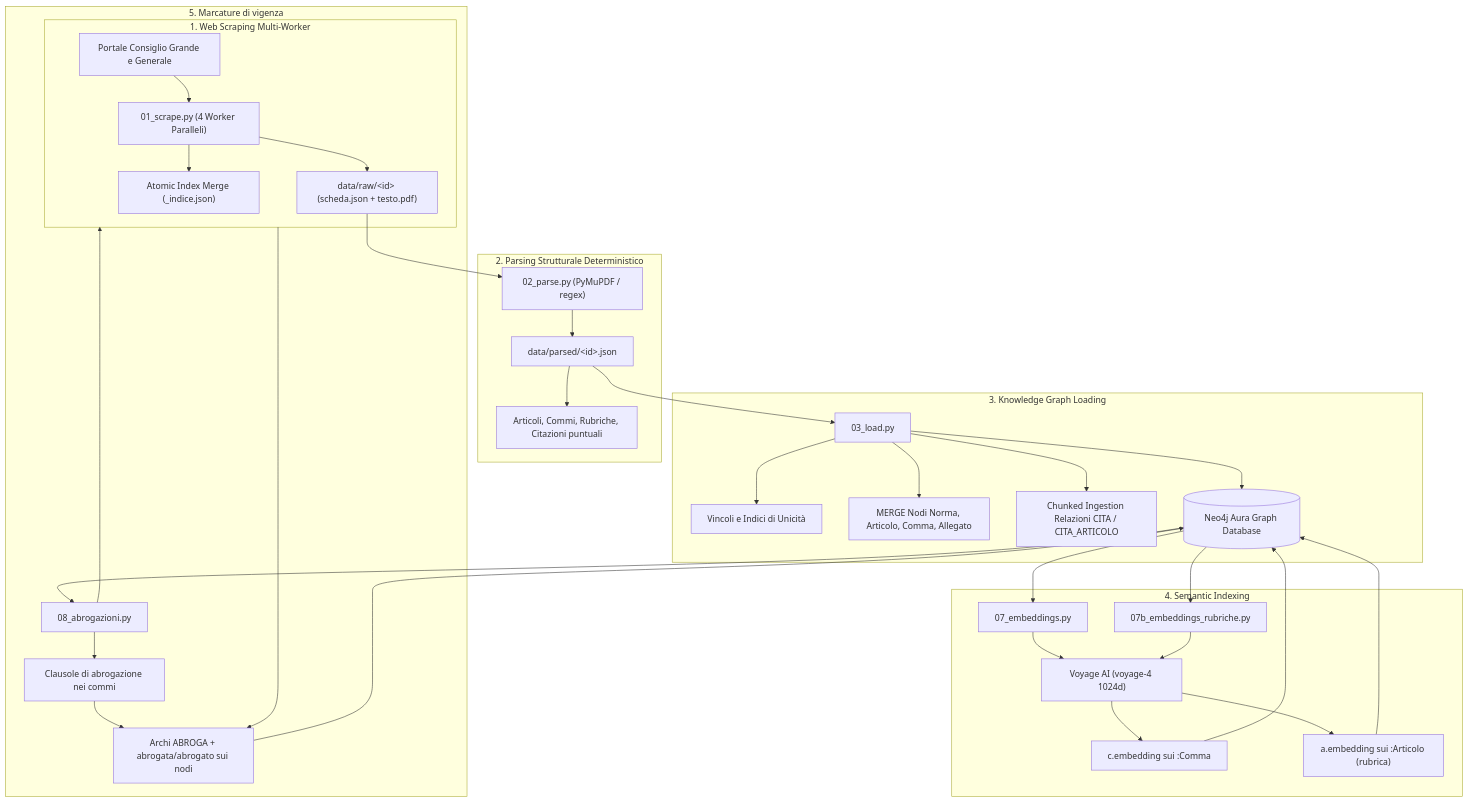
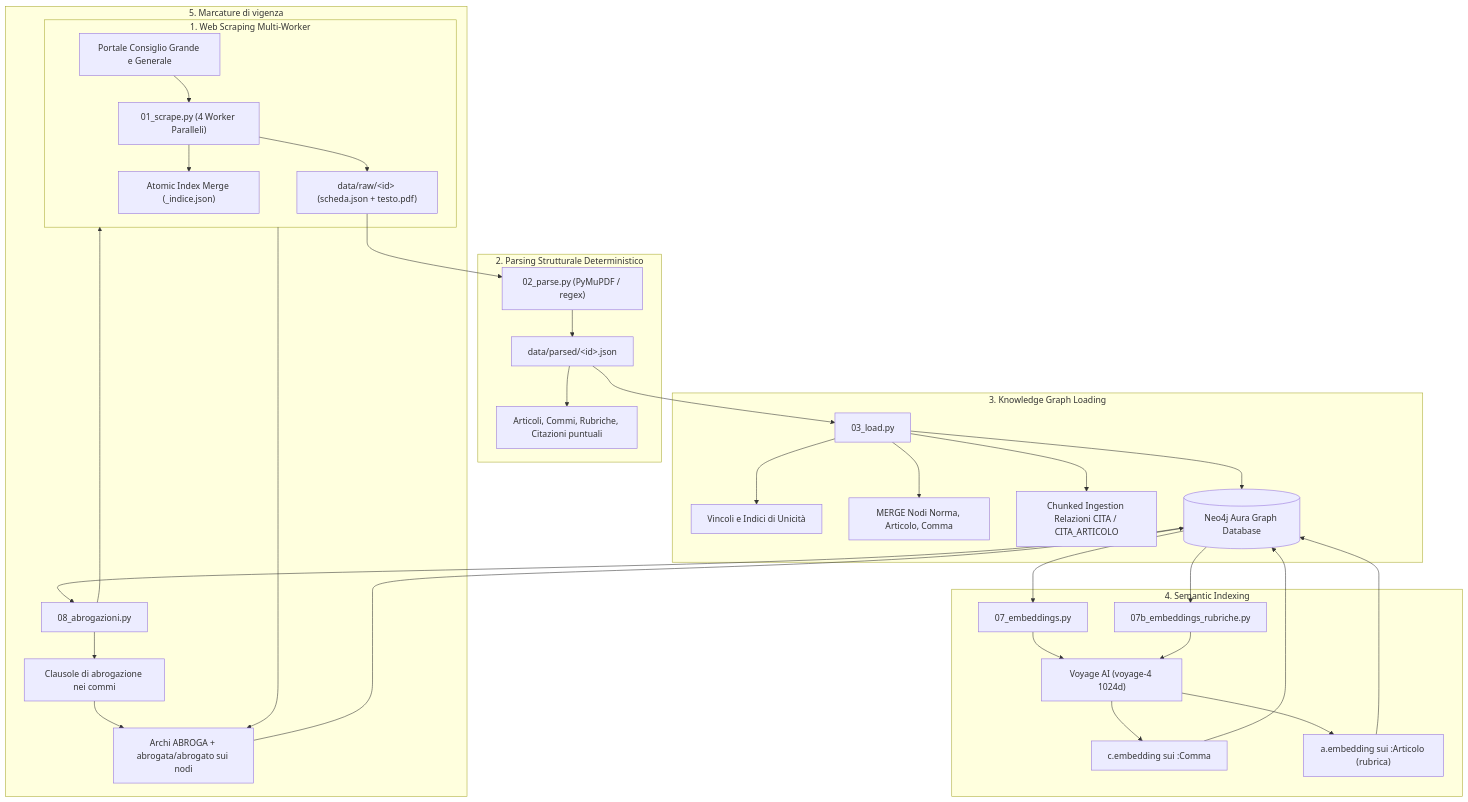
One commit to simorina/GraphResponsa changed the second of 2 diagrams in docs/architettura-knowledge-graph.md. Above: the diagram before and after it, drawn with Mermaid. The commit also changed other lines of this file and 6 other files, not shown here.

````diff
--- a/docs/architettura-knowledge-graph.md
+++ b/docs/architettura-knowledge-graph.md
@@ -254,42 +253,42 @@
 ```mermaid
 flowchart TD
     subgraph S["1. Web Scraping Multi-Worker"]
         A["Portale Consiglio Grande e Generale"] --> B["01_scrape.py (4 Worker Paralleli)"]
         B --> C["data/raw/&lt;id&gt; (scheda.json + testo.pdf)"]
         B --> D["Atomic Index Merge (_indice.json)"]
     end
 
     subgraph P["2. Parsing Strutturale Deterministico"]
         C --> E["02_parse.py (PyMuPDF / regex)"]
         E --> F["data/parsed/&lt;id&gt;.json"]
         F --> G["Articoli, Commi, Rubriche, Citazioni puntuali"]
     end
 
     subgraph L["3. Knowledge Graph Loading"]
         F --> H["03_load.py"]
         H --> I["Vincoli e Indici di Unicità"]
-        H --> J["MERGE Nodi Norma, Articolo, Comma, Allegato"]
+        H --> J["MERGE Nodi Norma, Articolo, Comma"]
         H --> K["Chunked Ingestion Relazioni CITA / CITA_ARTICOLO"]
         H --> M[("Neo4j Aura Graph Database")]
     end
 
     subgraph EMD["4. Semantic Indexing"]
         M --> N["07_embeddings.py"]
         M --> N2["07b_embeddings_rubriche.py"]
         N --> O["Voyage AI (voyage-4 1024d)"]
         N2 --> O
         O --> P2["c.embedding sui :Comma"]
         O --> P3["a.embedding sui :Articolo (rubrica)"]
         P2 --> M
         P3 --> M
     end
 
     subgraph AB["5. Marcature di vigenza"]
         M --> Q["08_abrogazioni.py"]
         Q --> R["Clausole di abrogazione nei commi"]
         Q --> S["Titoli marcati ABROGATO dall'archivio"]
         R --> T["Archi ABROGA + abrogata/abrogato sui nodi"]
         S --> T
         T --> M
     end
 ```
````
